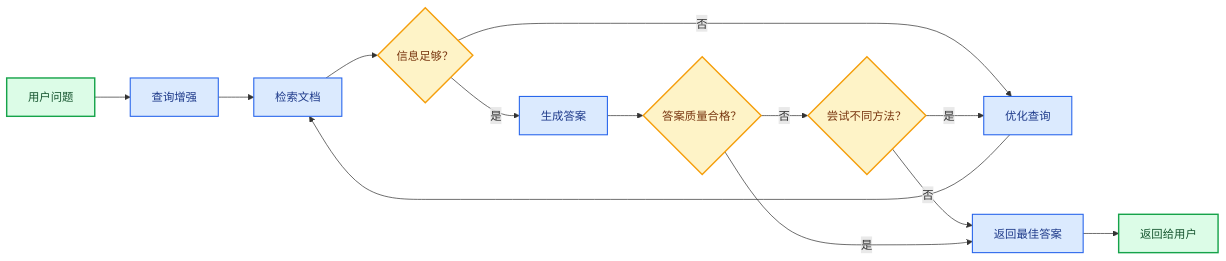
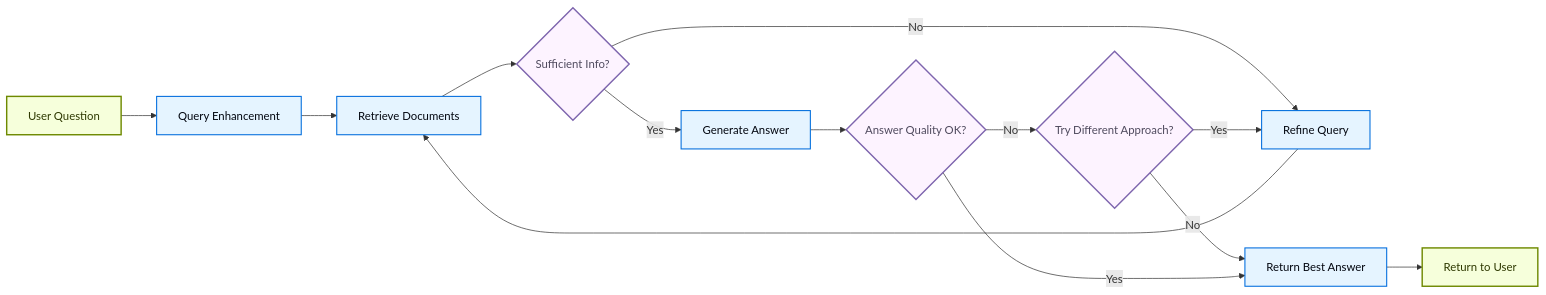
One commit to kunfan96/cndocs-langchain changed the fourth of 4 diagrams in oss/javascript/langchain/retrieval.mdx. Above: the diagram before and after it, drawn with Mermaid. The commit also changed other lines of this file and 2538 other files, not shown here.

````diff
--- a/oss/javascript/langchain/retrieval.mdx
+++ b/oss/javascript/langchain/retrieval.mdx
@@ -311,23 +315,23 @@
 ```mermaid
 graph LR
-    A[用户问题] --> B[查询增强]
-    B --> C[检索文档]
-    C --> D{信息足够？}
-    D -- 否 --> E[优化查询]
+    A[User Question] --> B[Query Enhancement]
+    B --> C[Retrieve Documents]
+    C --> D{Sufficient Info?}
+    D -- No --> E[Refine Query]
     E --> C
-    D -- 是 --> F[生成答案]
-    F --> G{答案质量合格？}
-    G -- 否 --> H{尝试不同方法？}
-    H -- 是 --> E
-    H -- 否 --> I[返回最佳答案]
-    G -- 是 --> I
-    I --> J[返回给用户]
+    D -- Yes --> F[Generate Answer]
+    F --> G{Answer Quality OK?}
+    G -- No --> H{Try Different Approach?}
+    H -- Yes --> E
+    H -- No --> I[Return Best Answer]
+    G -- Yes --> I
+    I --> J[Return to User]
 
-    classDef startend fill:#DCFCE7,stroke:#16A34A,stroke-width:2px,color:#14532D
-    classDef decision fill:#FEF3C7,stroke:#F59E0B,stroke-width:2px,color:#78350F
-    classDef process fill:#DBEAFE,stroke:#2563EB,stroke-width:1.5px,color:#1E3A8A
+    classDef startend fill:#F6FFDB,stroke:#6E8900,stroke-width:2px,color:#2E3900
+    classDef decision fill:#FDF3FF,stroke:#7E65AE,stroke-width:2px,color:#504B5F
+    classDef process fill:#E5F4FF,stroke:#006DDD,stroke-width:1.5px,color:#030710
 
     class A,J startend
     class B,C,E,F,I process
     class D,G,H decision
 ```
````
